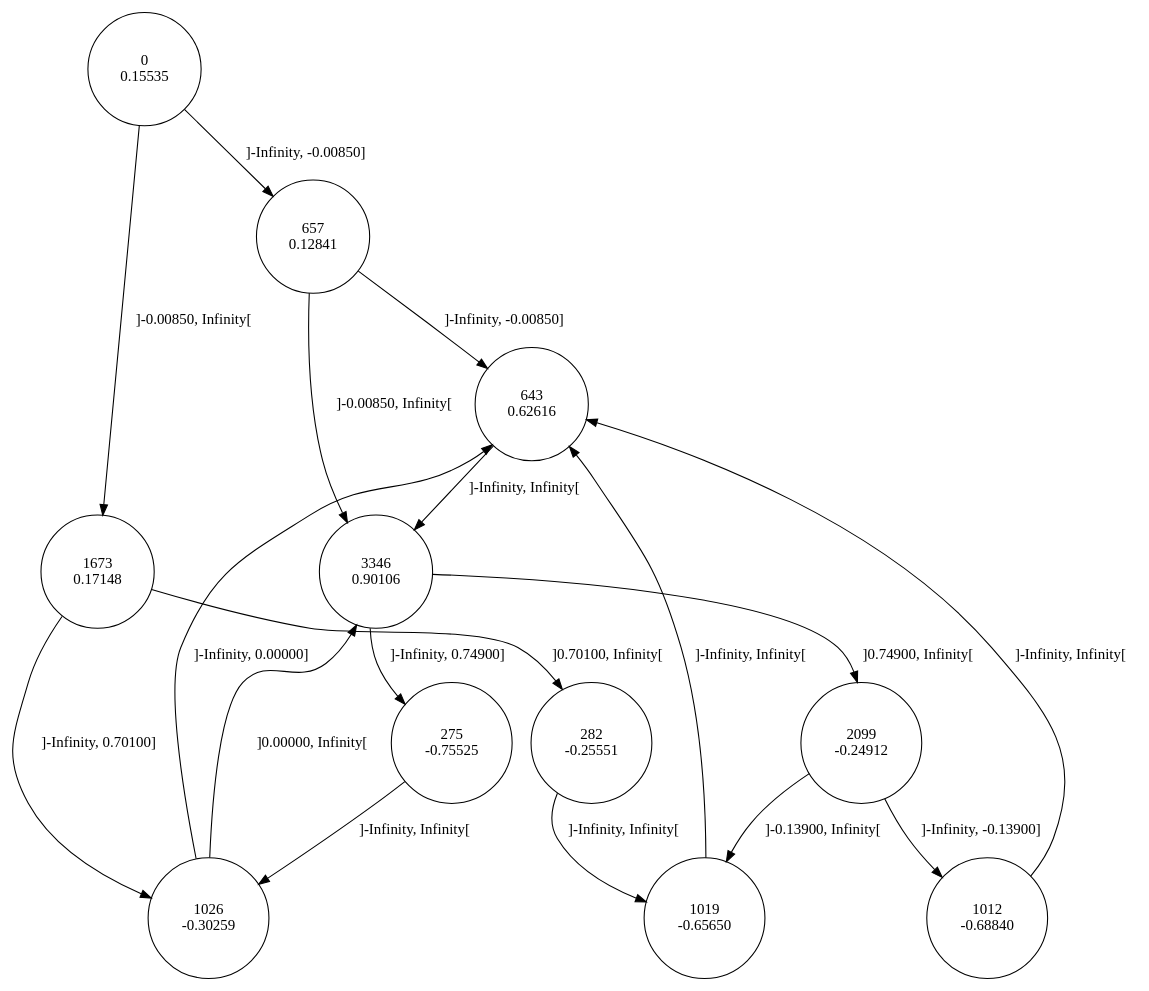
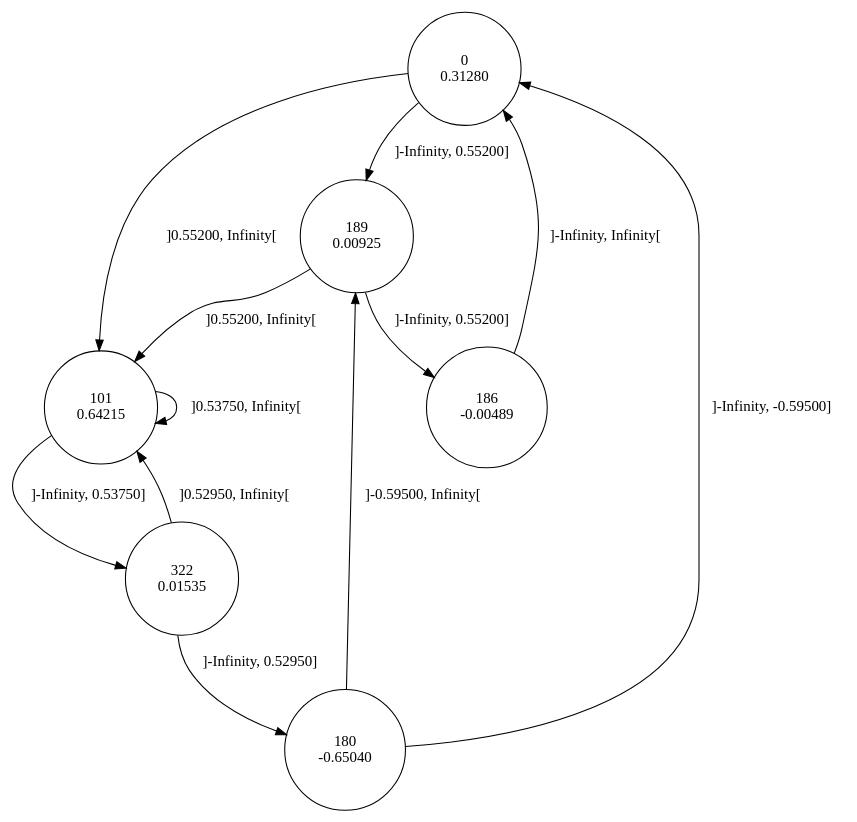
The diagram in distorced_sinus/data/4/rai.dot (gllpellegrino/RAI_experiments), drawn with Graphviz before and after one commit. The commit also changed 810 other files, not shown here.

```diff
--- a/distorced_sinus/data/4/rai.dot
+++ b/distorced_sinus/data/4/rai.dot
@@ -1,30 +1,19 @@
 digraph DFA {
-0 [shape=circle, label="0\n0.15535"];
-	0 -> 657 [label="]-Infinity, -0.00850]"];
-	0 -> 1673 [label="]-0.00850, Infinity["];
-1673 [shape=circle, label="1673\n0.17148"];
-	1673 -> 1026 [label="]-Infinity, 0.70100]"];
-	1673 -> 282 [label="]0.70100, Infinity["];
-282 [shape=circle, label="282\n-0.25551"];
-	282 -> 1019 [label="]-Infinity, Infinity["];
-1019 [shape=circle, label="1019\n-0.65650"];
-	1019 -> 643 [label="]-Infinity, Infinity["];
-643 [shape=circle, label="643\n0.62616"];
-	643 -> 3346 [label="]-Infinity, Infinity["];
-3346 [shape=circle, label="3346\n0.90106"];
-	3346 -> 275 [label="]-Infinity, 0.74900]"];
-	3346 -> 2099 [label="]0.74900, Infinity["];
-2099 [shape=circle, label="2099\n-0.24912"];
-	2099 -> 1012 [label="]-Infinity, -0.13900]"];
-	2099 -> 1019 [label="]-0.13900, Infinity["];
-1012 [shape=circle, label="1012\n-0.68840"];
-	1012 -> 643 [label="]-Infinity, Infinity["];
-275 [shape=circle, label="275\n-0.75525"];
-	275 -> 1026 [label="]-Infinity, Infinity["];
-1026 [shape=circle, label="1026\n-0.30259"];
-	1026 -> 643 [label="]-Infinity, 0.00000]"];
-	1026 -> 3346 [label="]0.00000, Infinity["];
-657 [shape=circle, label="657\n0.12841"];
-	657 -> 643 [label="]-Infinity, -0.00850]"];
-	657 -> 3346 [label="]-0.00850, Infinity["];
+0 [shape=circle, label="0\n0.31280"];
+	0 -> 189 [label="]-Infinity, 0.55200]"];
+	0 -> 101 [label="]0.55200, Infinity["];
+101 [shape=circle, label="101\n0.64215"];
+	101 -> 322 [label="]-Infinity, 0.53750]"];
+	101 -> 101 [label="]0.53750, Infinity["];
+322 [shape=circle, label="322\n0.01535"];
+	322 -> 180 [label="]-Infinity, 0.52950]"];
+	322 -> 101 [label="]0.52950, Infinity["];
+180 [shape=circle, label="180\n-0.65040"];
+	180 -> 0 [label="]-Infinity, -0.59500]"];
+	180 -> 189 [label="]-0.59500, Infinity["];
+189 [shape=circle, label="189\n0.00925"];
+	189 -> 186 [label="]-Infinity, 0.55200]"];
+	189 -> 101 [label="]0.55200, Infinity["];
+186 [shape=circle, label="186\n-0.00489"];
+	186 -> 0 [label="]-Infinity, Infinity["];
 }
```
